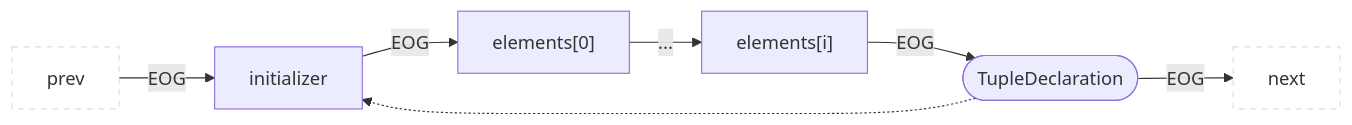
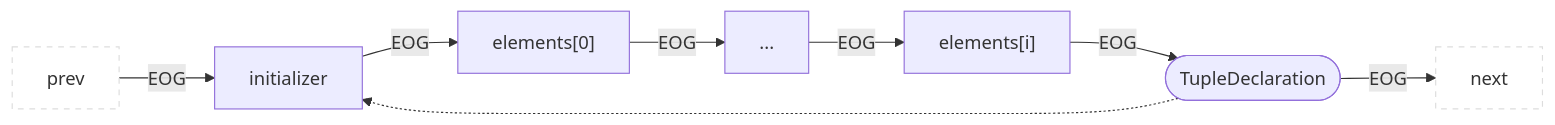
One commit to Fraunhofer-AISEC/cpg changed the fourth of 40 diagrams in docs/docs/CPG/specs/eog.md. Above: the diagram before and after it, drawn with Mermaid. The commit also changed other lines of this file and 1 other file, not shown here.

````diff
--- a/docs/docs/CPG/specs/eog.md
+++ b/docs/docs/CPG/specs/eog.md
@@ -101,11 +101,12 @@
 ```mermaid
 flowchart LR
   classDef outer fill:#fff,stroke:#ddd,stroke-dasharray:5 5;
   prev:::outer --EOG--> child
   parent(["TupleDeclaration"]) --EOG--> next:::outer
   parent -.-> child["initializer"]
   child --EOG--> e0["elements[0]"]
-  e0 --"..."--> ei["elements[i]"]
+  e0 --EOG--> e.["..."]
+  e. --EOG--> ei["elements[i]"]
   ei --EOG--> parent
 
 ```
````
